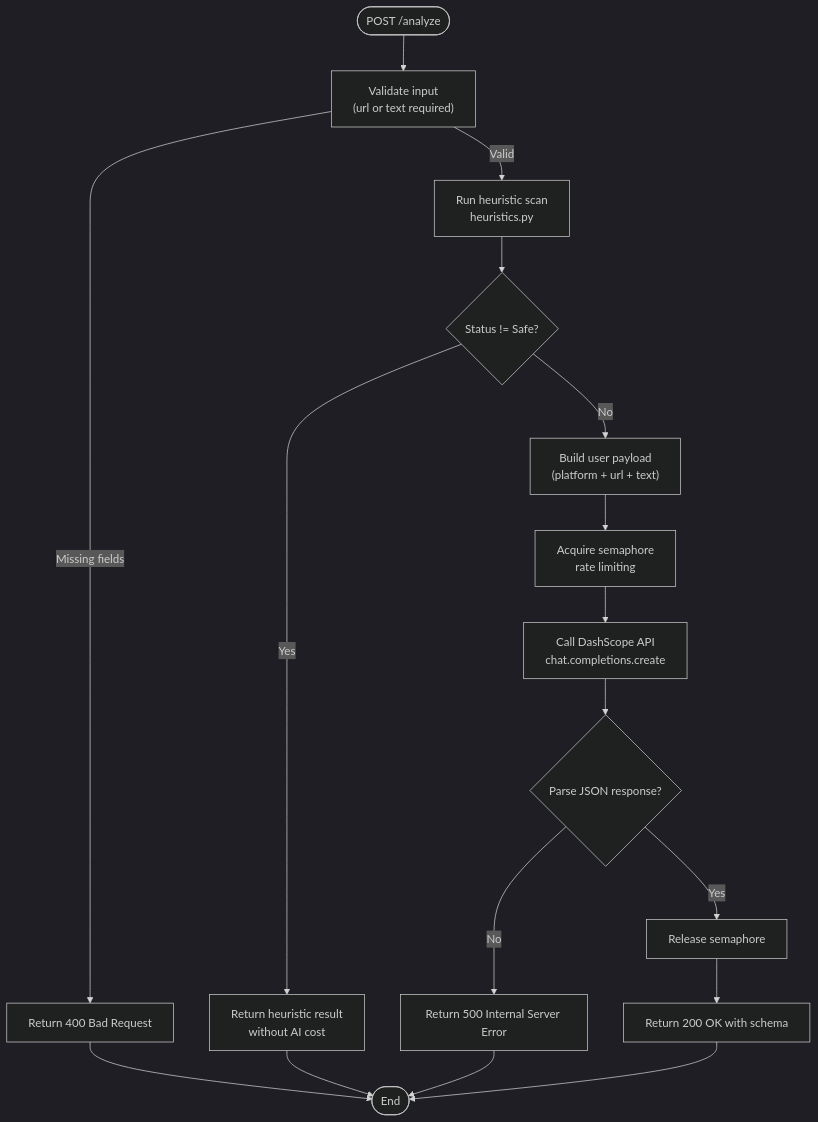
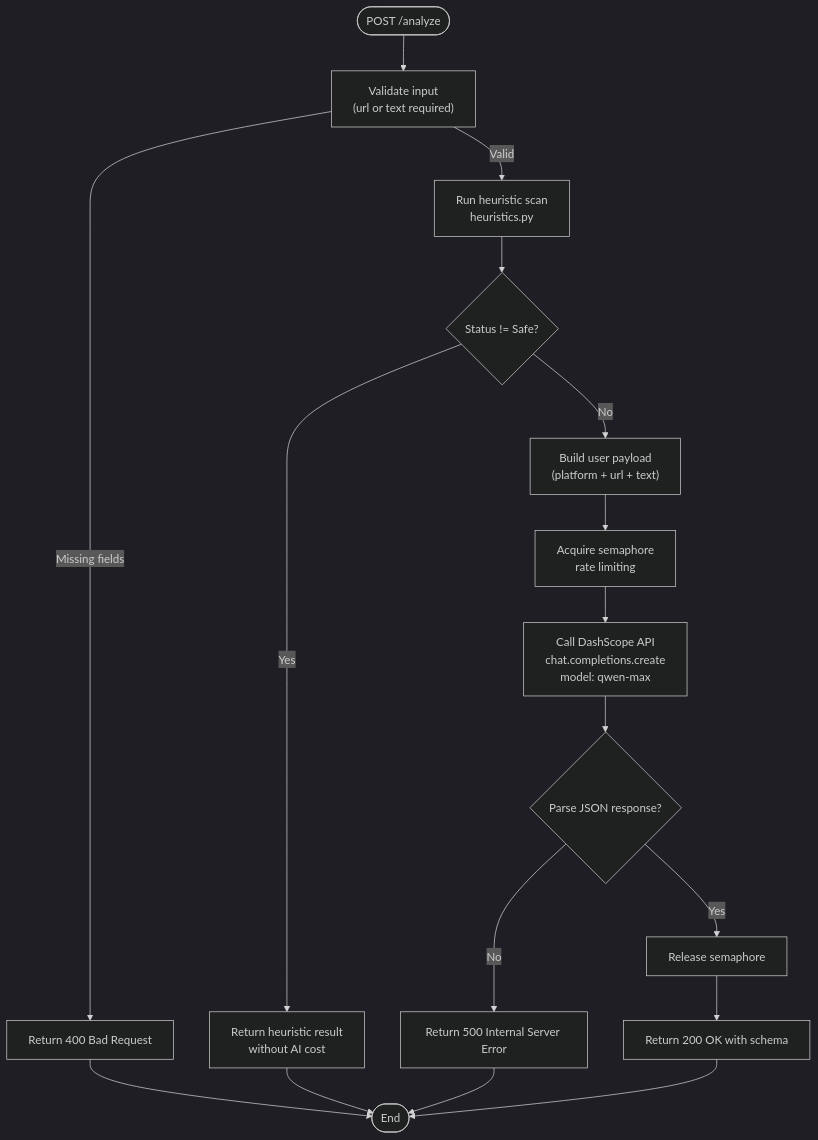
One commit to Aymanaahh/scrollguard-ai changed the third of 5 diagrams in .qoder/repowiki/en/content/Backend API Documentation.md. Above: the diagram before and after it, drawn with Mermaid (dark theme). The commit also changed other lines of this file and 34 other files, not shown here.

````diff
--- a/.qoder/repowiki/en/content/Backend API Documentation.md
+++ b/.qoder/repowiki/en/content/Backend API Documentation.md
@@ -225,19 +237,19 @@
 ```mermaid
 flowchart TD
 Start(["POST /analyze"]) --> Validate["Validate input<br/>(url or text required)"]
 Validate --> |Missing fields| Err400["Return 400 Bad Request"]
 Validate --> |Valid| Heuristic["Run heuristic scan<br/>heuristics.py"]
 Heuristic --> Check{"Status != Safe?"}
 Check --> |Yes| ReturnHeuristic["Return heuristic result<br/>without AI cost"]
 Check --> |No| BuildPrompt["Build user payload<br/>(platform + url + text)"]
 BuildPrompt --> Semaphore["Acquire semaphore<br/>rate limiting"]
-Semaphore --> CallLLM["Call DashScope API<br/>chat.completions.create"]
+Semaphore --> CallLLM["Call DashScope API<br/>chat.completions.create<br/>model: qwen-max"]
 CallLLM --> Parse{"Parse JSON response?"}
 Parse --> |No| Err500["Return 500 Internal Server Error"]
 Parse --> |Yes| Release["Release semaphore"]
 Release --> Return200["Return 200 OK with schema"]
 Err400 --> End(["End"])
 Err500 --> End
 ReturnHeuristic --> End
 Return200 --> End
 ```
````
